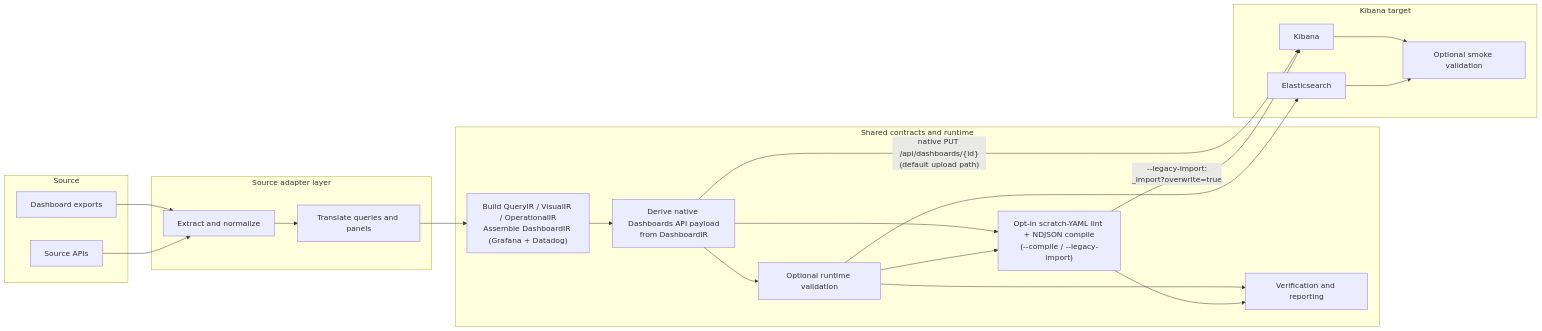
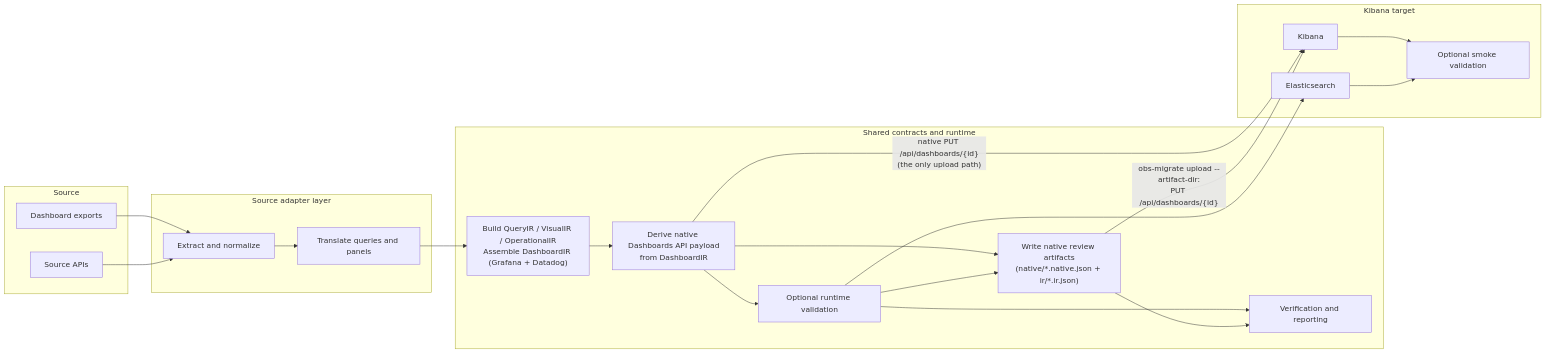
Before and after one commit to elastic/observability-migration-platform: the diagram in docs/architecture.md, drawn with Mermaid. The commit also changed other lines of this file and 112 other files, not shown here.

````diff
--- a/docs/architecture.md
+++ b/docs/architecture.md
@@ -56,42 +56,42 @@
 ```mermaid
 flowchart LR
     subgraph source [Source]
         files[Dashboard exports]
         api[Source APIs]
     end
 
     subgraph adapters [Source adapter layer]
         extract[Extract and normalize]
         translate[Translate queries and panels]
     end
 
     subgraph shared [Shared contracts and runtime]
         ir["Build QueryIR / VisualIR / OperationalIR<br/>Assemble DashboardIR (Grafana + Datadog)"]
         emit["Derive native Dashboards API payload<br/>from DashboardIR"]
         validate[Optional runtime validation]
-        compile["Opt-in scratch-YAML lint + NDJSON compile<br/>(--compile / --legacy-import)"]
+        artifacts["Write native review artifacts<br/>(native/*.native.json + ir/*.ir.json)"]
         verify[Verification and reporting]
     end
 
     subgraph target [Kibana target]
         es[Elasticsearch]
         kb[Kibana]
         smoke[Optional smoke validation]
     end
 
     files --> extract
     api --> extract
     extract --> translate
     translate --> ir
     ir --> emit
     emit --> validate
-    emit --> compile
-    emit -->|"native PUT /api/dashboards/{id}<br/>(default upload path)"| kb
-    validate --> compile
+    emit --> artifacts
+    emit -->|"native PUT /api/dashboards/{id}<br/>(the only upload path)"| kb
+    validate --> artifacts
     validate --> verify
     validate --> es
-    compile --> verify
-    compile -->|"--legacy-import:<br/>_import?overwrite=true"| kb
+    artifacts --> verify
+    artifacts -->|"obs-migrate upload --artifact-dir:<br/>PUT /api/dashboards/{id}"| kb
     kb --> smoke
     es --> smoke
 ```
````
